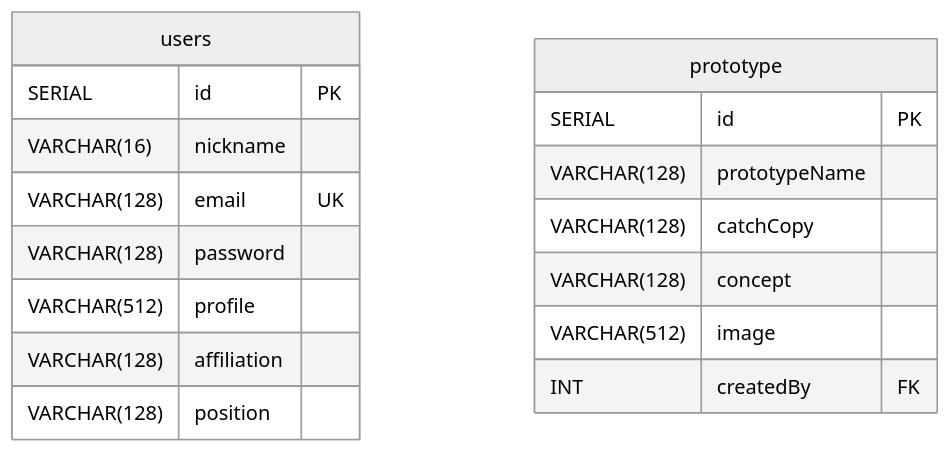
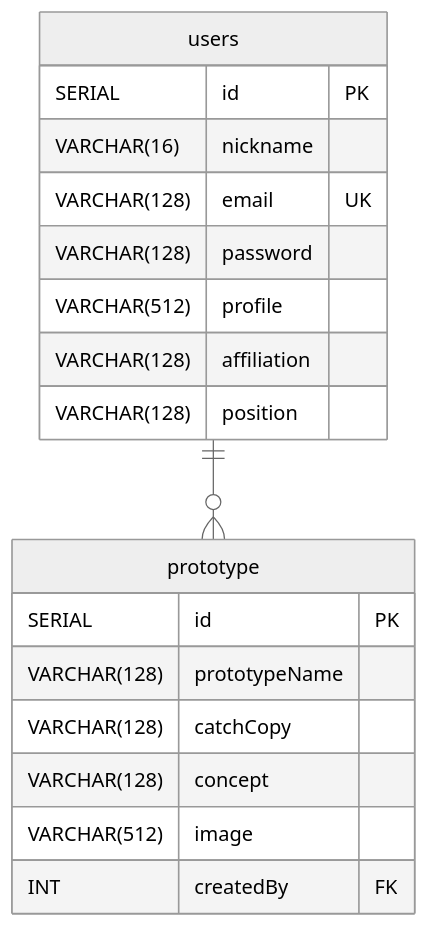
One commit to Maeda-smart/protospace-b changed the diagram in README.md. Above: the diagram before and after it, drawn with Mermaid (neutral theme).

Commit message:
userとprototypeの関係を反映

````diff
--- a/README.md
+++ b/README.md
@@ -16,20 +16,21 @@
 ```mermaid
 erDiagram
+  users ||--o{ prototype: ""
   users{
     SERIAL id PK
     VARCHAR(16) nickname
     VARCHAR(128) email UK
     VARCHAR(128) password
     VARCHAR(512) profile
     VARCHAR(128) affiliation
     VARCHAR(128) position
   }
   prototype{
     SERIAL id PK
     VARCHAR(128) prototypeName
     VARCHAR(128) catchCopy
     VARCHAR(128) concept
     VARCHAR(512) image
     INT createdBy FK
   }
 ```
````
